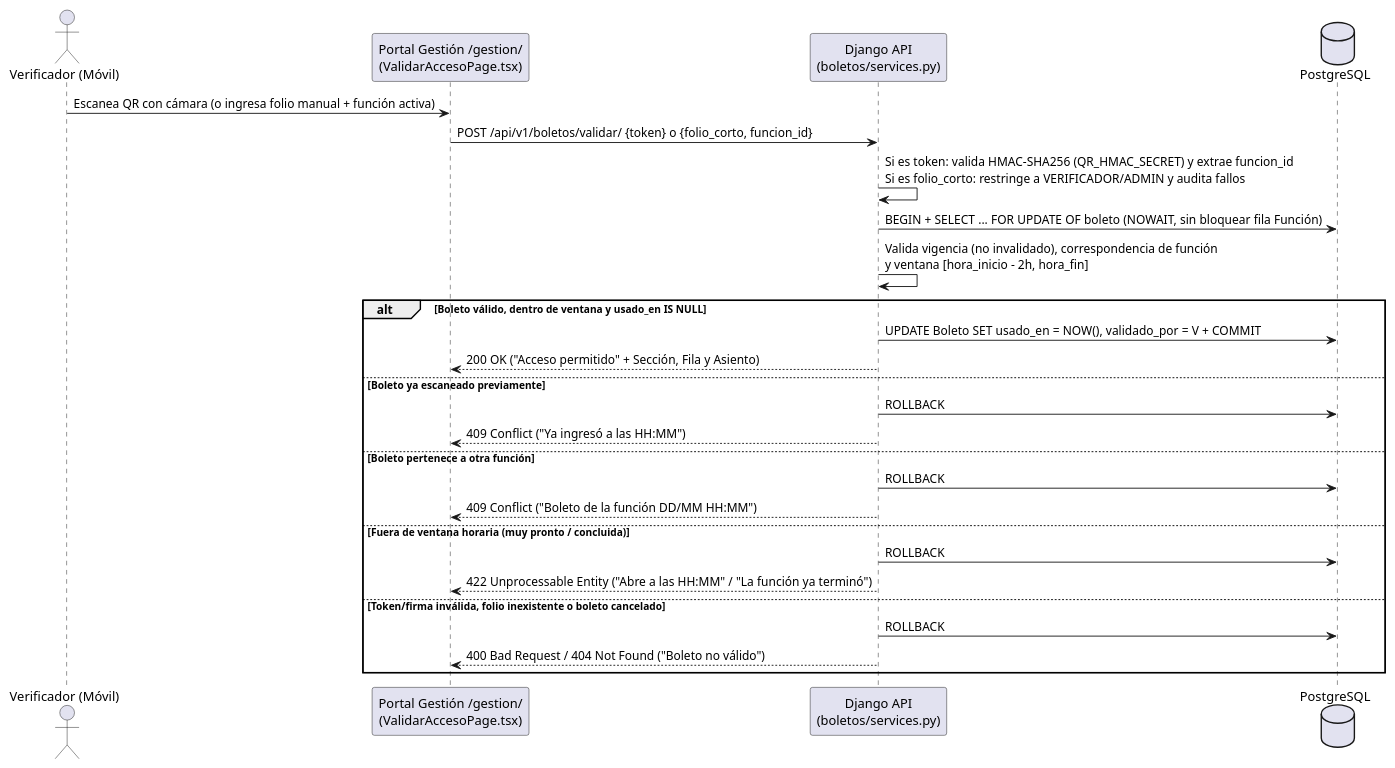
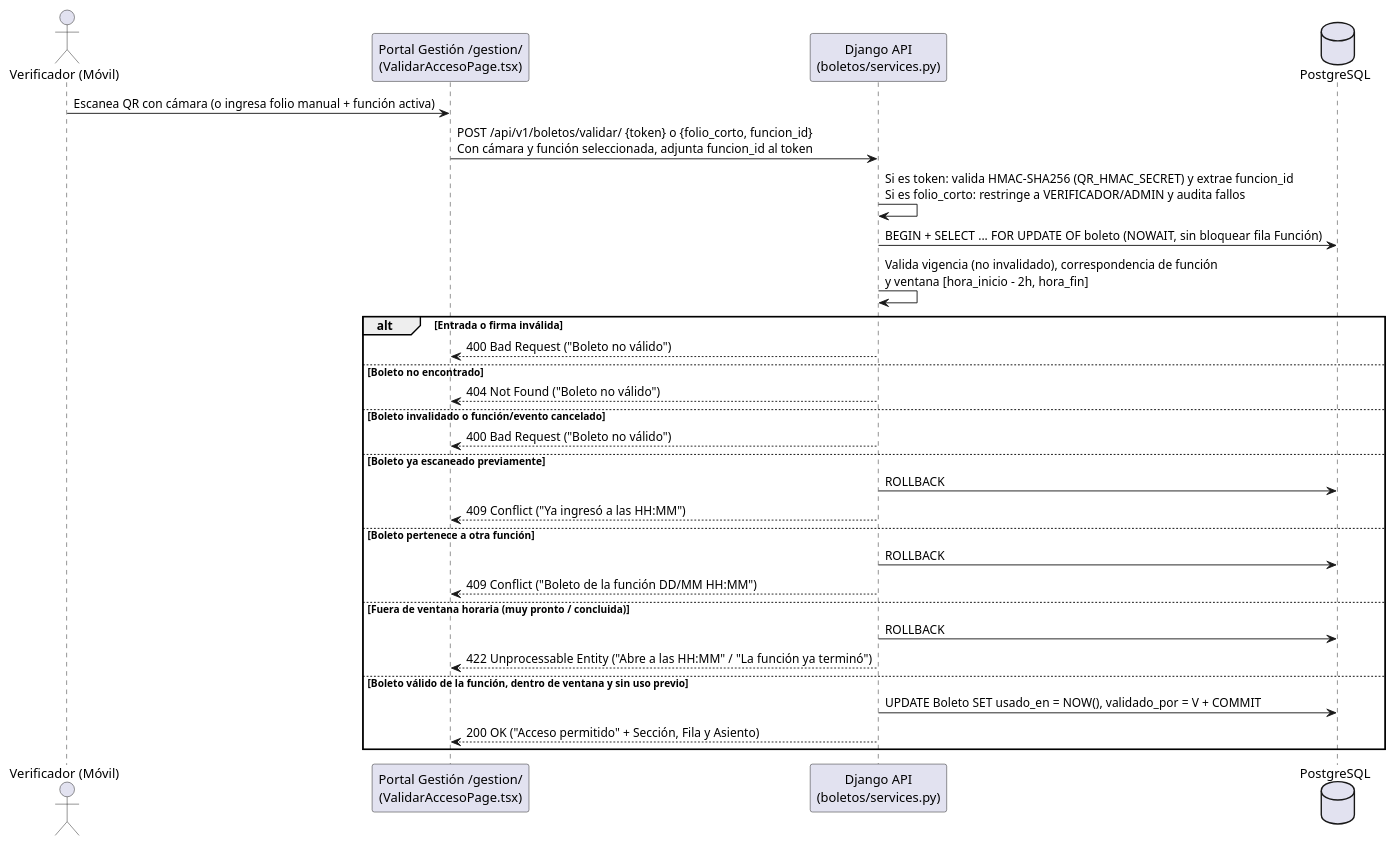
The fourth of 5 diagrams in docs/arquitectura.md (AntonioVargas97/Teatro), drawn with PlantUML before and after one commit. The commit also changed other lines of this file and 2 other files, not shown here.

Commit message:
Contrato de api

````diff
--- a/docs/arquitectura.md
+++ b/docs/arquitectura.md
@@ -229,31 +234,34 @@
 ```plantuml
 @startuml
 actor "Verificador (Móvil)" as V
 participant "Portal Gestión /gestion/\n(ValidarAccesoPage.tsx)" as FE
 participant "Django API\n(boletos/services.py)" as API
 database "PostgreSQL" as PG
 
 V -> FE : Escanea QR con cámara (o ingresa folio manual + función activa)
-FE -> API : POST /api/v1/boletos/validar/ {token} o {folio_corto, funcion_id}
+FE -> API : POST /api/v1/boletos/validar/ {token} o {folio_corto, funcion_id}\nCon cámara y función seleccionada, adjunta funcion_id al token
 API -> API : Si es token: valida HMAC-SHA256 (QR_HMAC_SECRET) y extrae funcion_id\nSi es folio_corto: restringe a VERIFICADOR/ADMIN y audita fallos
 API -> PG : BEGIN + SELECT ... FOR UPDATE OF boleto (NOWAIT, sin bloquear fila Función)
 API -> API : Valida vigencia (no invalidado), correspondencia de función\ny ventana [hora_inicio - 2h, hora_fin]
 
-alt Boleto válido, dentro de ventana y usado_en IS NULL
-    API -> PG : UPDATE Boleto SET usado_en = NOW(), validado_por = V + COMMIT
-    API --> FE : 200 OK ("Acceso permitido" + Sección, Fila y Asiento)
+alt Entrada o firma inválida
+    API --> FE : 400 Bad Request ("Boleto no válido")
+else Boleto no encontrado
+    API --> FE : 404 Not Found ("Boleto no válido")
+else Boleto invalidado o función/evento cancelado
+    API --> FE : 400 Bad Request ("Boleto no válido")
 else Boleto ya escaneado previamente
     API -> PG : ROLLBACK
     API --> FE : 409 Conflict ("Ya ingresó a las HH:MM")
 else Boleto pertenece a otra función
     API -> PG : ROLLBACK
     API --> FE : 409 Conflict ("Boleto de la función DD/MM HH:MM")
 else Fuera de ventana horaria (muy pronto / concluida)
     API -> PG : ROLLBACK
     API --> FE : 422 Unprocessable Entity ("Abre a las HH:MM" / "La función ya terminó")
-else Token/firma inválida, folio inexistente o boleto cancelado
-    API -> PG : ROLLBACK
-    API --> FE : 400 Bad Request / 404 Not Found ("Boleto no válido")
+else Boleto válido de la función, dentro de ventana y sin uso previo
+    API -> PG : UPDATE Boleto SET usado_en = NOW(), validado_por = V + COMMIT
+    API --> FE : 200 OK ("Acceso permitido" + Sección, Fila y Asiento)
 end
 @enduml
 ```
````
